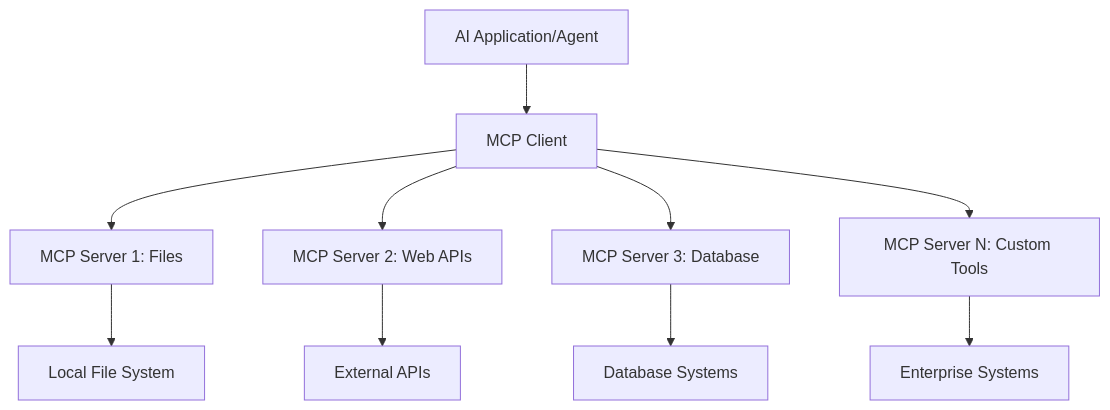
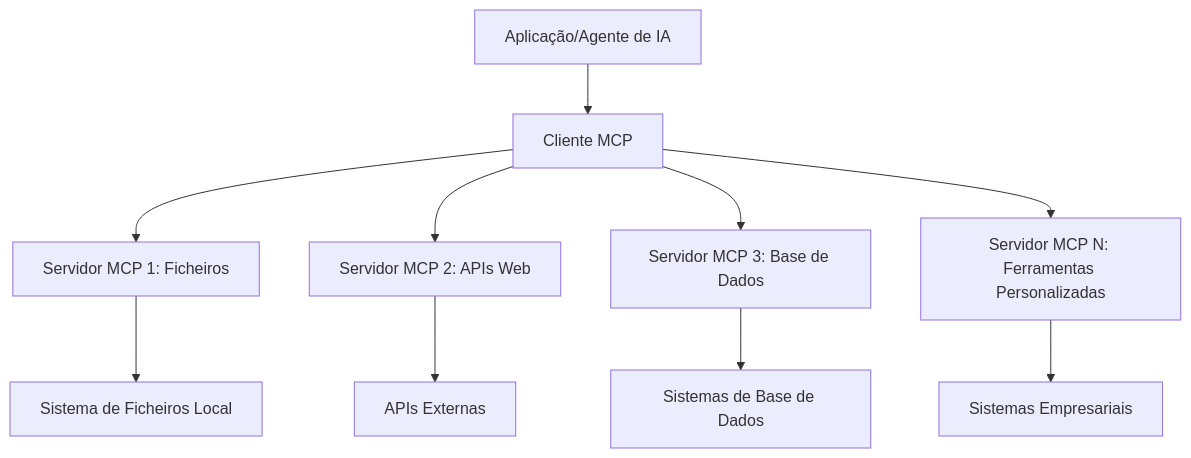
The diagram in mcp_ecosystem__model_context_protocol/mcp_learning_resources/mcp-for-beginners/translations/pt-PT/10-StreamliningAIWorkflowsBuildingAnMCPServerWithAIToolkit/lab2/README.md (HIDORAKAI002/ai-workspace-archive), drawn with Mermaid before and after one commit. The commit also changed other lines of this file and 1539 other files, not shown here.

````diff
--- a/mcp_ecosystem__model_context_protocol/mcp_learning_resources/mcp-for-beginners/translations/pt-PT/10-StreamliningAIWorkflowsBuildingAnMCPServerWithAIToolkit/lab2/README.md
+++ b/mcp_ecosystem__model_context_protocol/mcp_learning_resources/mcp-for-beginners/translations/pt-PT/10-StreamliningAIWorkflowsBuildingAnMCPServerWithAIToolkit/lab2/README.md
@@ -51,13 +51,13 @@
 ```mermaid
 graph TB
-    A[AI Application/Agent] --> B[MCP Client]
-    B --> C[MCP Server 1: Files]
-    B --> D[MCP Server 2: Web APIs]
-    B --> E[MCP Server 3: Database]
-    B --> F[MCP Server N: Custom Tools]
+    A[Aplicação/Agente de IA] --> B[Cliente MCP]
+    B --> C[Servidor MCP 1: Ficheiros]
+    B --> D[Servidor MCP 2: APIs Web]
+    B --> E[Servidor MCP 3: Base de Dados]
+    B --> F[Servidor MCP N: Ferramentas Personalizadas]
     
-    C --> G[Local File System]
-    D --> H[External APIs]
-    E --> I[Database Systems]
-    F --> J[Enterprise Systems]
+    C --> G[Sistema de Ficheiros Local]
+    D --> H[APIs Externas]
+    E --> I[Sistemas de Base de Dados]
+    F --> J[Sistemas Empresariais]
 ```
````
